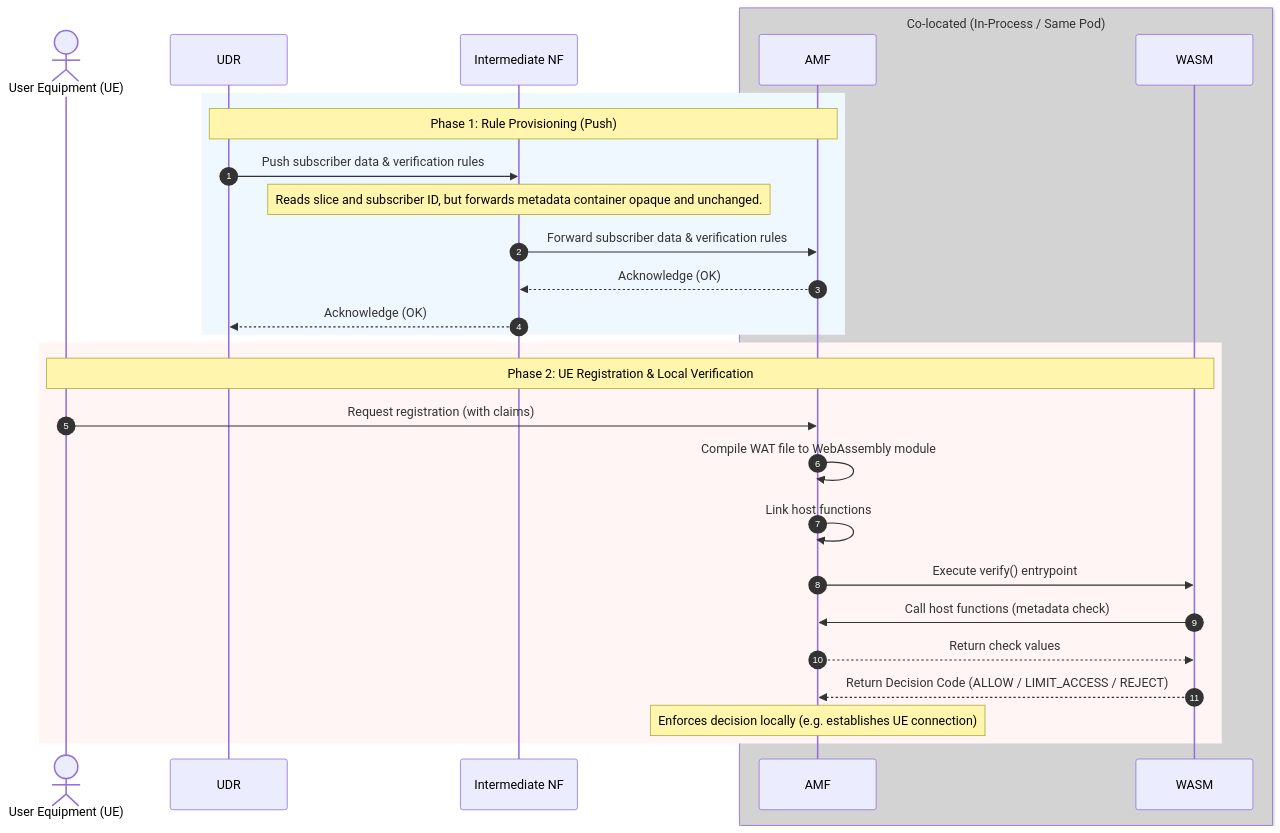
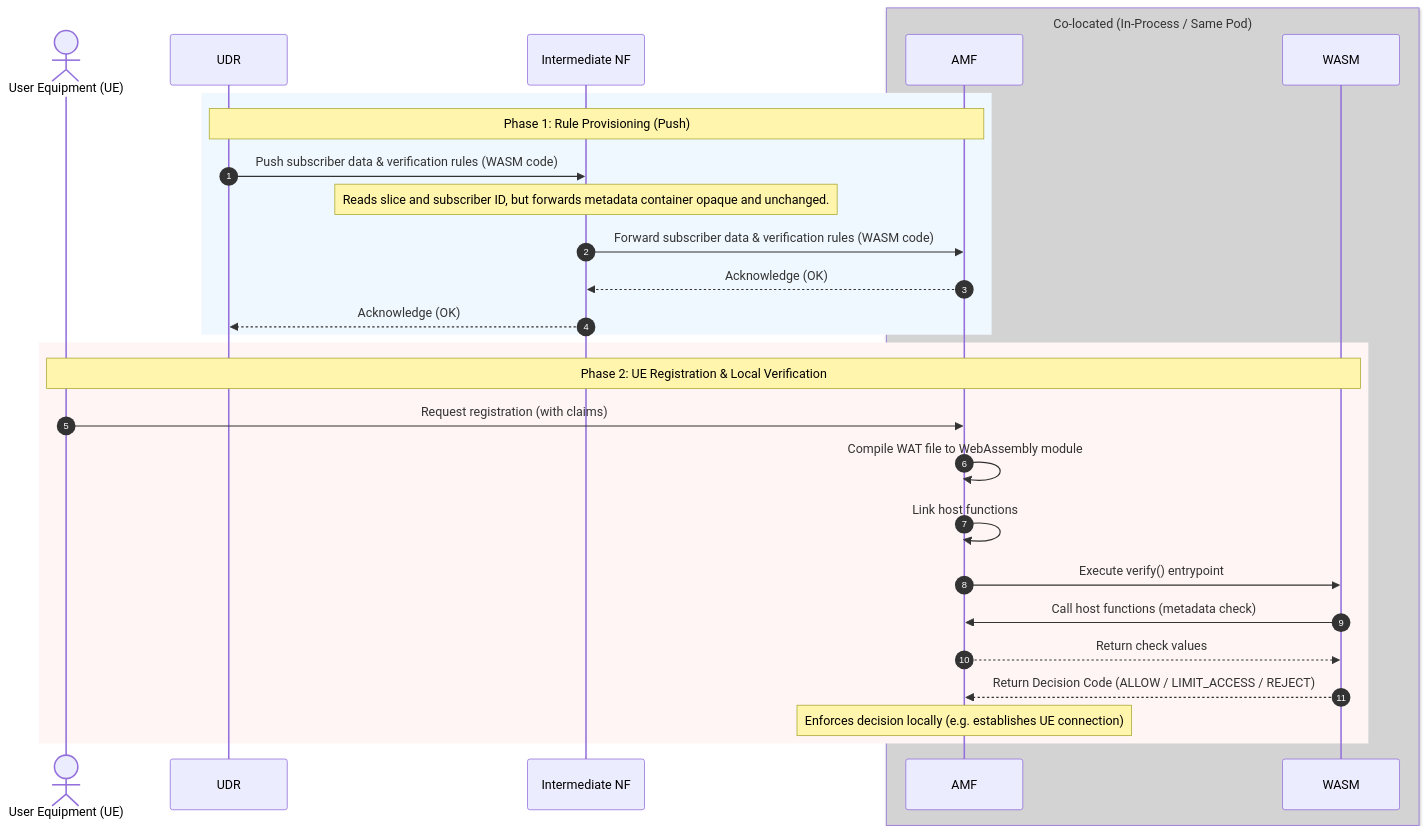
Before and after one commit to acore2026/programmable-para: the diagram in README.md, drawn with Mermaid.

Commit message:
docs: explicitly state that provisioning/forwarding rules are WASM code in sequence diagrams

````diff
--- a/README.md
+++ b/README.md
@@ -44,35 +44,35 @@
 ```mermaid
 sequenceDiagram
     autonumber
     actor UE as User Equipment (UE)
     participant UDR as UDR
     participant INF as Intermediate NF
     
     box LightGray Co-located (In-Process / Same Pod)
     participant AMF as AMF
     participant WASM as WASM
     end
 
     rect rgb(240, 248, 255)
     Note over UDR, AMF: Phase 1: Rule Provisioning (Push)
-    UDR->>INF: Push subscriber data & verification rules
+    UDR->>INF: Push subscriber data & verification rules (WASM code)
     Note over INF: Reads slice and subscriber ID, but forwards metadata container opaque and unchanged.
-    INF->>AMF: Forward subscriber data & verification rules
+    INF->>AMF: Forward subscriber data & verification rules (WASM code)
     AMF-->>INF: Acknowledge (OK)
     INF-->>UDR: Acknowledge (OK)
     end
 
     rect rgb(255, 245, 245)
     Note over UE, WASM: Phase 2: UE Registration & Local Verification
     UE->>AMF: Request registration (with claims)
     AMF->>AMF: Compile WAT file to WebAssembly module
     AMF->>AMF: Link host functions
     AMF->>WASM: Execute verify() entrypoint
     
     WASM->>AMF: Call host functions (metadata check)
     AMF-->>WASM: Return check values
     
     WASM-->>AMF: Return Decision Code (ALLOW / LIMIT_ACCESS / REJECT)
     Note over AMF: Enforces decision locally (e.g. establishes UE connection)
     end
 ```
````
